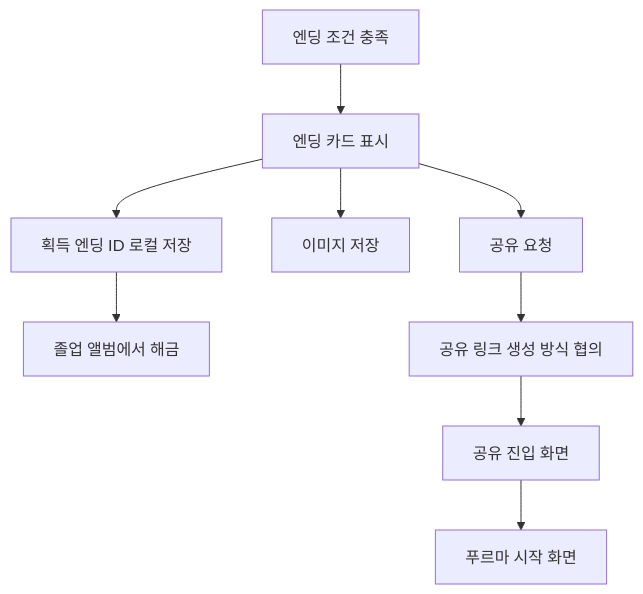
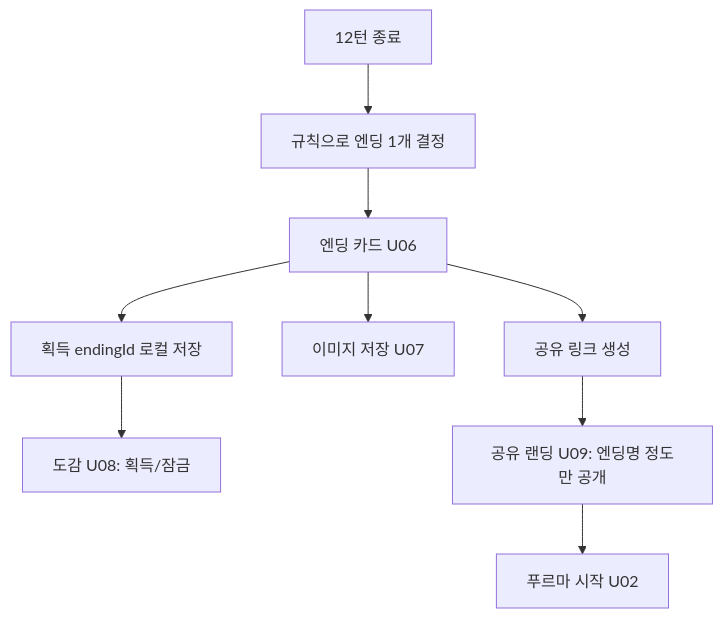
One commit to wjdsl/mingle changed the third of 4 diagrams in FRONTEND_DESIGN.md. Above: the diagram before and after it, drawn with Mermaid. The commit also changed other lines of this file, not shown here.

````diff
--- a/FRONTEND_DESIGN.md
+++ b/FRONTEND_DESIGN.md
@@ -188,11 +222,11 @@
 ```mermaid
 flowchart TD
-    A[엔딩 조건 충족] --> B[엔딩 카드 표시]
-    B --> C[획득 엔딩 ID 로컬 저장]
-    C --> D[졸업 앨범에서 해금]
-    B --> E[이미지 저장]
-    B --> F[공유 요청]
-    F --> G[공유 링크 생성 방식 협의]
-    G --> H[공유 진입 화면]
-    H --> I[푸르마 시작 화면]
+    A[12턴 종료] --> B[규칙으로 엔딩 1개 결정]
+    B --> C[엔딩 카드 U06]
+    C --> D[획득 endingId 로컬 저장]
+    D --> E[도감 U08: 획득/잠금]
+    C --> F[이미지 저장 U07]
+    C --> G[공유 링크 생성]
+    G --> H[공유 랜딩 U09: 엔딩명 정도만 공개]
+    H --> I[푸르마 시작 U02]
 ```
````
